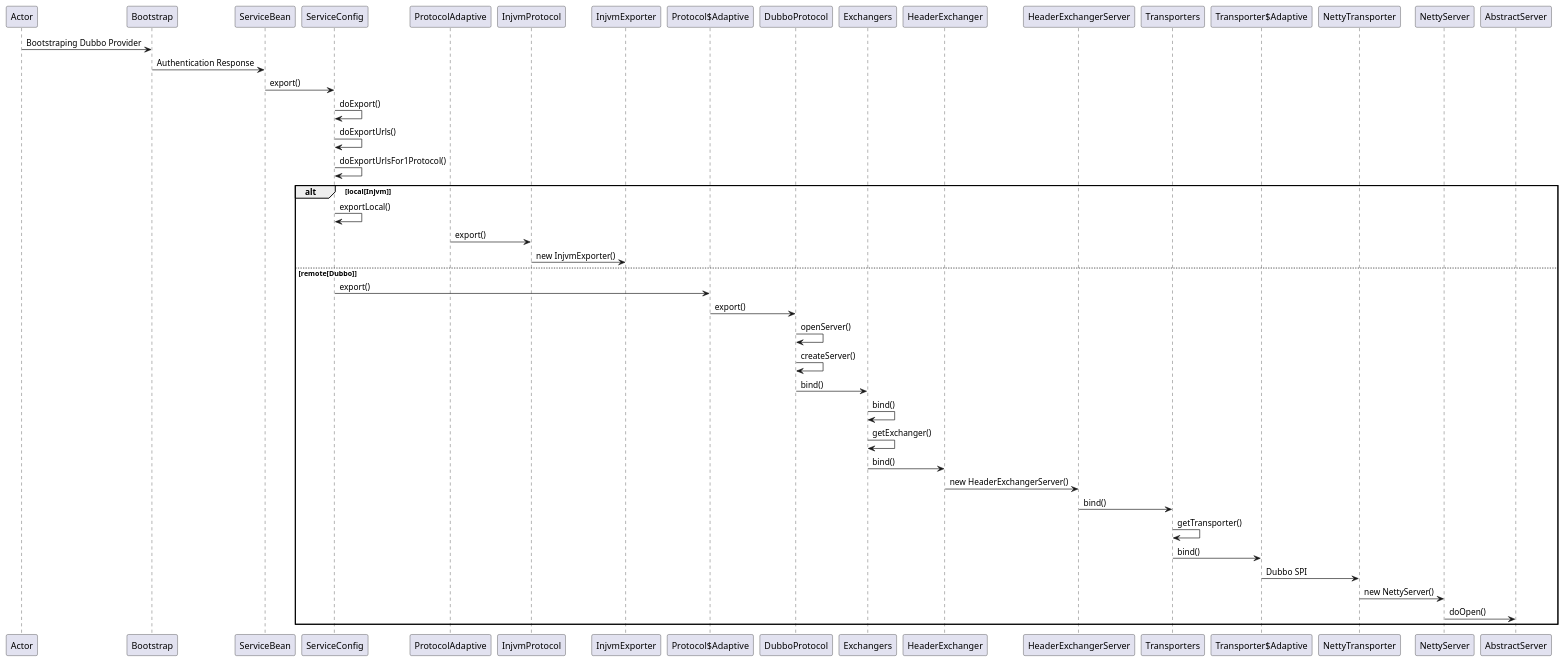
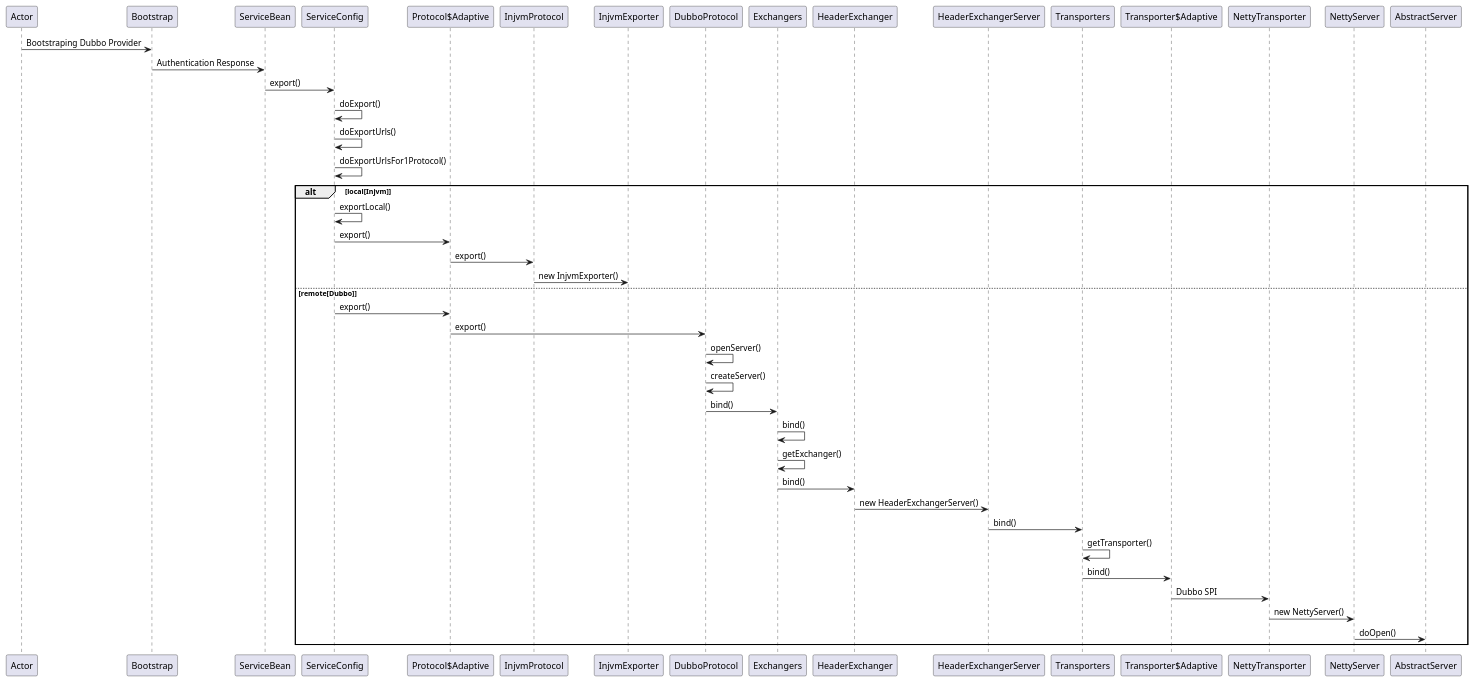
One commit to shuaijunlan/Spring-Learning changed the diagram in dubbo/sequence-uml/dubbo-provider.puml. Above: the diagram before and after it, drawn with PlantUML.

```diff
--- a/dubbo/sequence-uml/dubbo-provider.puml
+++ b/dubbo/sequence-uml/dubbo-provider.puml
@@ -1,29 +1,30 @@
 @startuml
 Actor -> Bootstrap: Bootstraping Dubbo Provider
 Bootstrap -> ServiceBean: Authentication Response
 ServiceBean -> ServiceConfig: export()
 ServiceConfig -> ServiceConfig: doExport()
 ServiceConfig -> ServiceConfig: doExportUrls()
 ServiceConfig -> ServiceConfig: doExportUrlsFor1Protocol()
 alt local[Injvm]
 ServiceConfig -> ServiceConfig: exportLocal()
-ProtocolAdaptive -> InjvmProtocol: export()
+ServiceConfig -> "Protocol$Adaptive": export()
+"Protocol$Adaptive" -> InjvmProtocol: export()
 InjvmProtocol -> InjvmExporter: new InjvmExporter()
 else remote[Dubbo]
 ServiceConfig -> "Protocol$Adaptive": export()
 "Protocol$Adaptive" -> DubboProtocol: export()
 DubboProtocol -> DubboProtocol: openServer()
 DubboProtocol -> DubboProtocol: createServer()
 DubboProtocol -> Exchangers: bind()
 Exchangers -> Exchangers: bind()
 Exchangers -> Exchangers: getExchanger()
 Exchangers -> HeaderExchanger: bind()
 HeaderExchanger -> HeaderExchangerServer: new HeaderExchangerServer()
 HeaderExchangerServer -> Transporters: bind()
 Transporters -> Transporters: getTransporter()
 Transporters -> "Transporter$Adaptive": bind()
 "Transporter$Adaptive" -> NettyTransporter: Dubbo SPI
 NettyTransporter -> NettyServer: new NettyServer()
 NettyServer -> AbstractServer: doOpen()
 end
 @enduml
```
